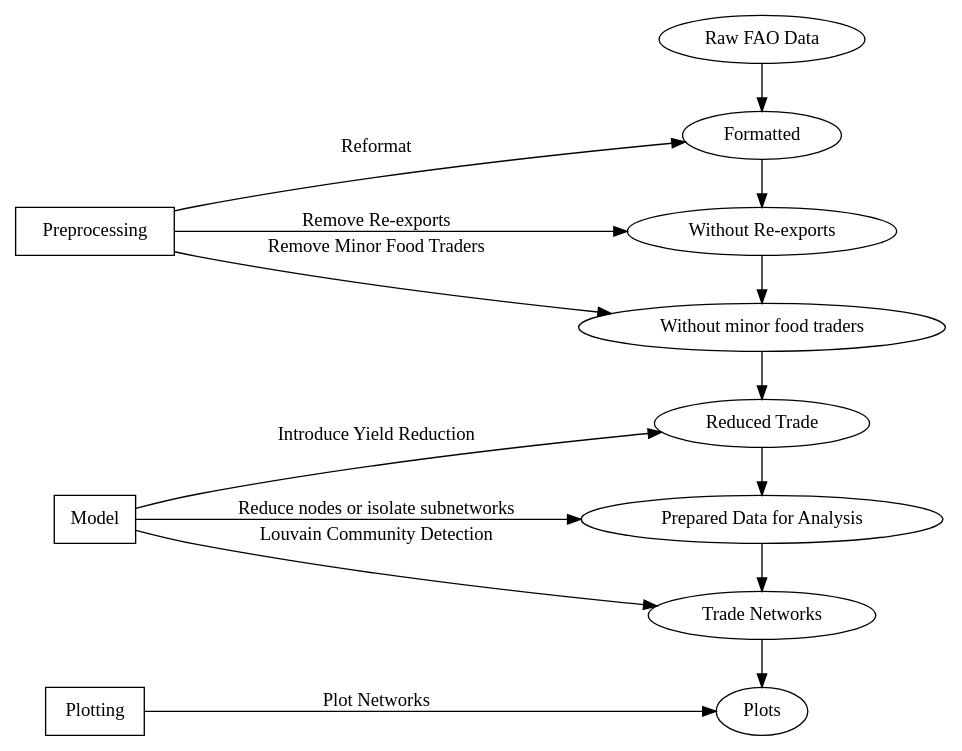
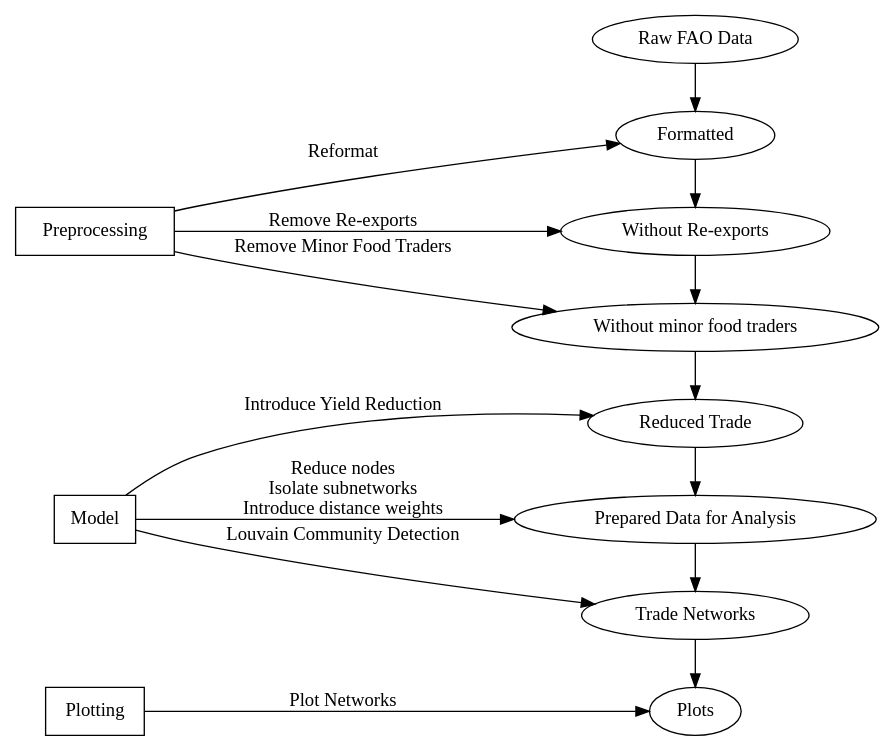
One commit to lukaszgajewski/pytradeshifts changed the diagram in docs/Model Description Flow Chart/flow.dot. Above: the diagram before and after it, drawn with Graphviz. The commit also changed 3 other files, not shown here.

```diff
--- a/docs/Model Description Flow Chart/flow.dot
+++ b/docs/Model Description Flow Chart/flow.dot
@@ -1,40 +1,40 @@
 digraph G {
     rankdir=LR;
     subgraph rank_same1 {
     rank=same;
         // A Graphviz dot digraph that shows the main flow of the model
         A [label="Raw FAO Data"];
         B [label="Formatted"];
         C [label="Without Re-exports"];
         D [label="Without minor food traders"];
         E [label="Reduced Trade"];
         F [label="Prepared Data for Analysis"];
         G [label="Trade Networks"];
         H [label="Plots"];
     }
     subgraph rank_same2 {
         rank=same;
         node [shape=rectangle];
         I [label="Preprocessing"];
         J [label="Model"];
         K [label="Plotting"];
     }
 
     // Data Flow
     A -> B;
     B -> C;
     C -> D;
     D -> E;
     E -> F;
     F -> G;
     G -> H;
     
     // Model Flow
     I -> B [label="Reformat"];
     I -> C [label="Remove Re-exports"];
     I -> D [label="Remove Minor Food Traders"];
     J -> E [label="Introduce Yield Reduction"];
-    J -> F [label="Reduce nodes or isolate subnetworks"];
+    J -> F [label="Reduce nodes\nIsolate subnetworks\nIntroduce distance weights"];
     J -> G [label="Louvain Community Detection"];
     K -> H [label="Plot Networks"];
 }
```
